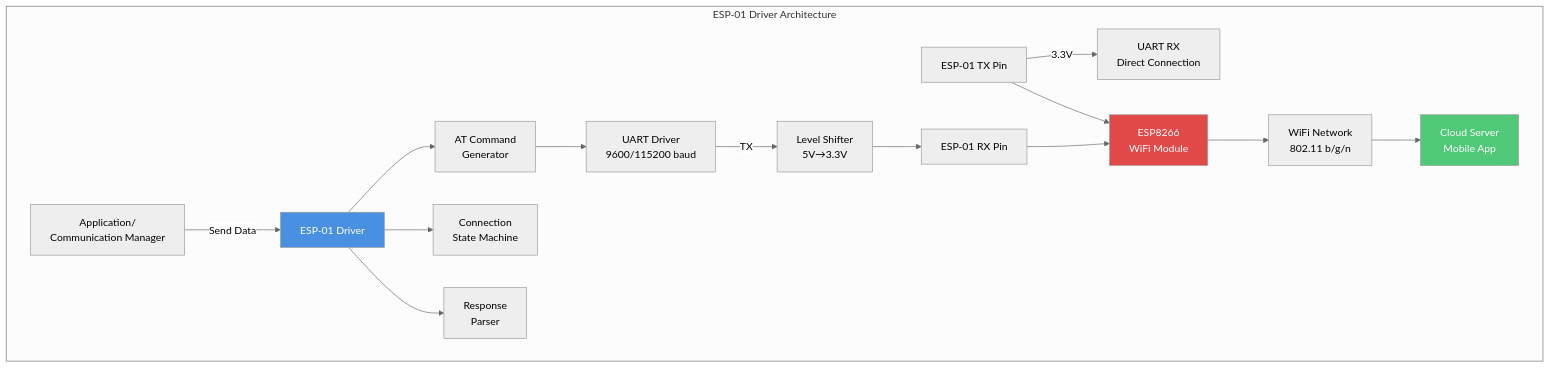
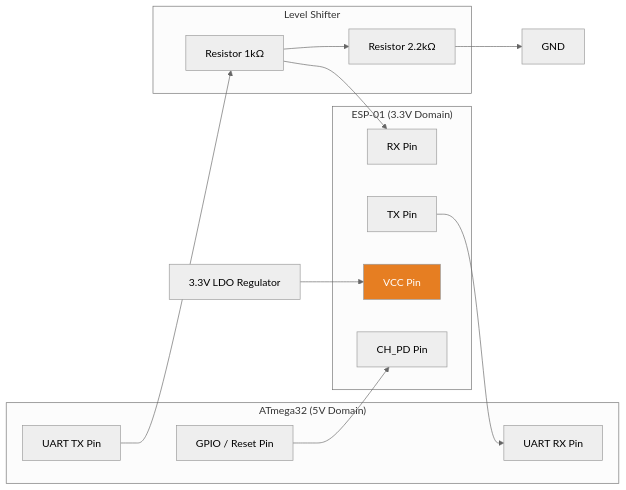
Before and after one commit to Gestell-Solution/Smart_Energy_Management_System: the first of 4 diagrams in Doc/Embedded/New/06_ImplementationDoc/Software_Layers/HAL_Layer/ESP01_WiFi/ESP01_Driver.md, drawn with Mermaid (neutral theme). The commit also changed other lines of this file and 30 other files, not shown here.

````diff
--- a/Doc/Embedded/New/06_ImplementationDoc/Software_Layers/HAL_Layer/ESP01_WiFi/ESP01_Driver.md
+++ b/Doc/Embedded/New/06_ImplementationDoc/Software_Layers/HAL_Layer/ESP01_WiFi/ESP01_Driver.md
@@ -35,28 +65,32 @@
 ```mermaid
-graph TB
-    subgraph "ESP-01 Driver Architecture"
-        APP[Application/<br/>Communication Manager] -->|Send Data| ESP_API[ESP-01 Driver]
-
-        ESP_API --> AT_CMD[AT Command<br/>Generator]
-        ESP_API --> STATE[Connection<br/>State Machine]
-        ESP_API --> PARSER[Response<br/>Parser]
-
-        AT_CMD --> UART[UART Driver<br/>9600/115200 baud]
-
-        UART -->|TX| LEVEL[Level Shifter<br/>5V→3.3V]
-        LEVEL --> ESP_TX[ESP-01 RX Pin]
-
-        ESP_RX[ESP-01 TX Pin] -->|3.3V| UART_RX[UART RX<br/>Direct Connection]
-
-        ESP_TX --> ESP_MODULE[ESP8266<br/>WiFi Module]
-        ESP_RX --> ESP_MODULE
-
-        ESP_MODULE --> WIFI[WiFi Network<br/>802.11 b/g/n]
-
-        WIFI --> CLOUD[Cloud Server<br/>Mobile App]
+graph LR
+    subgraph "ATmega32 (5V Domain)"
+        TX[UART TX Pin]
+        RX[UART RX Pin]
+        EN[GPIO / Reset Pin]
     end
 
-    style ESP_API fill:#4A90E2,color:#fff
-    style ESP_MODULE fill:#E24A4A,color:#fff
-    style CLOUD fill:#50C878,color:#fff
+    subgraph "Level Shifter"
+        R1[Resistor 1kΩ]
+        R2[Resistor 2.2kΩ]
+    end
+
+    subgraph "ESP-01 (3.3V Domain)"
+        ESP_RX[RX Pin]
+        ESP_TX[TX Pin]
+        ESP_CH[CH_PD Pin]
+        ESP_VCC[VCC Pin]
+    end
+
+    TX --> R1
+    R1 --> ESP_RX
+    R1 --> R2
+    R2 --> GND
+
+    ESP_TX --> RX
+    EN --> ESP_CH
+
+    POWER[3.3V LDO Regulator] --> ESP_VCC
+
+    style ESP_VCC fill:#E67E22,color:#fff
 ```
````
